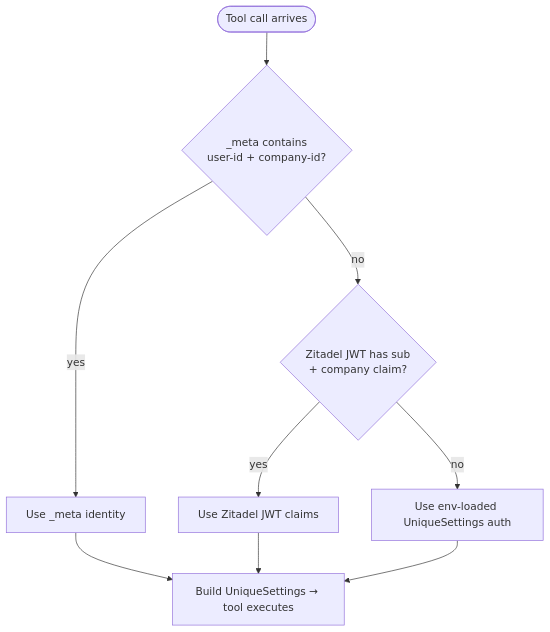
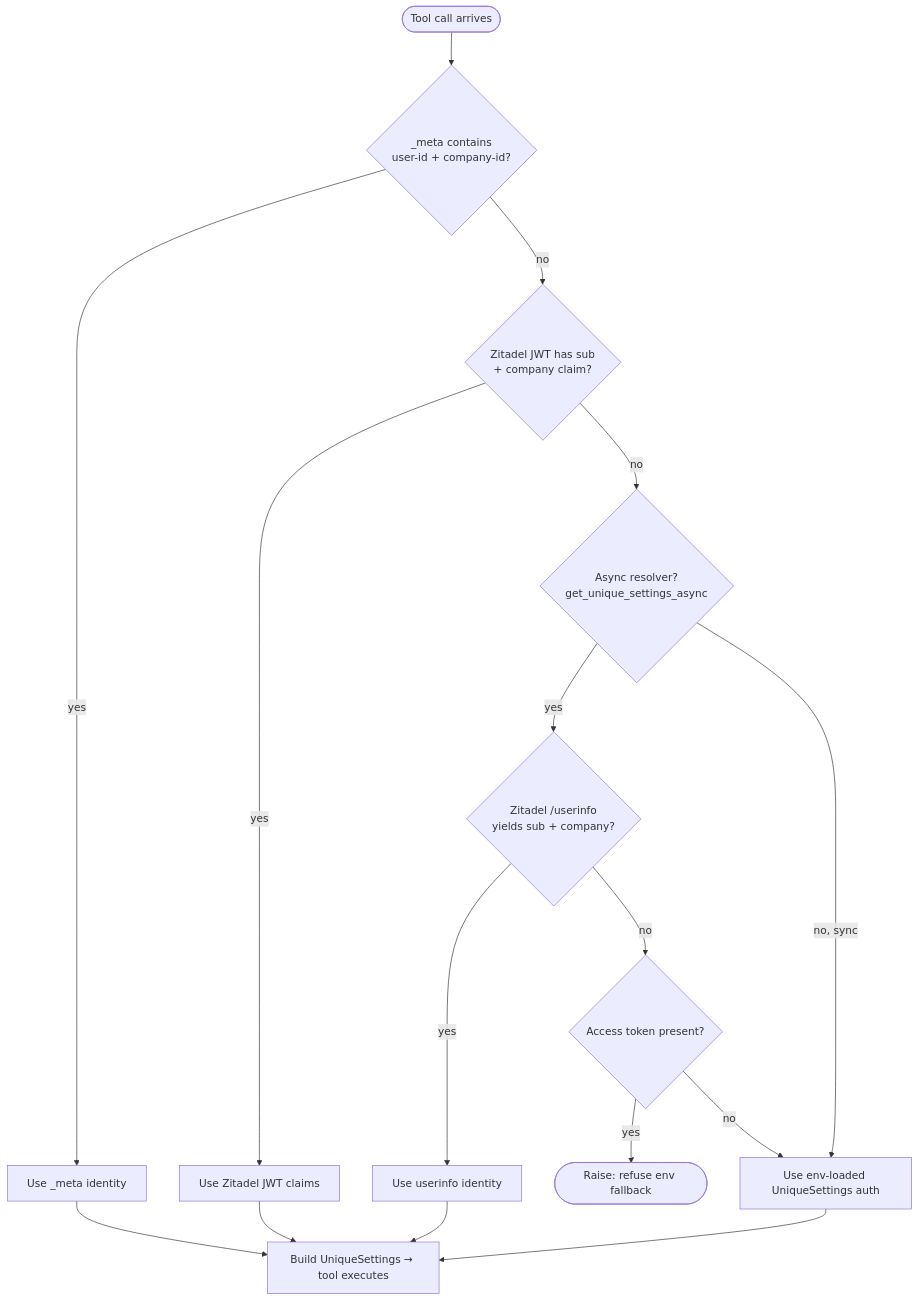
Before and after one commit to Unique-AG/ai: the first of 4 diagrams in unique_mcp/README.md, drawn with Mermaid. The commit also changed other lines of this file and 2 other files, not shown here.

First line of the commit message:
fix(unique_mcp): sync README diagrams/meta keys with async resolver; preserve traceback in folder-miss debug logs

````diff
--- a/unique_mcp/README.md
+++ b/unique_mcp/README.md
@@ -29,10 +29,16 @@
 ```mermaid
 flowchart TD
     A([Tool call arrives]) --> B{_meta contains\nuser-id + company-id?}
     B -- yes --> C[Use _meta identity]
     B -- no --> D{Zitadel JWT has sub\n+ company claim?}
     D -- yes --> E[Use Zitadel JWT claims]
-    D -- no --> F[Use env-loaded UniqueSettings auth]
-    C & E --> G[Build UniqueSettings → tool executes]
+    D -- no --> H{Async resolver?\nget_unique_settings_async}
+    H -- yes --> I{Zitadel /userinfo\nyields sub + company?}
+    I -- yes --> J[Use userinfo identity]
+    I -- no --> K{Access token present?}
+    K -- yes --> L([Raise: refuse env fallback])
+    K -- no --> F[Use env-loaded UniqueSettings auth]
+    H -- no, sync --> F
+    C & E & J --> G[Build UniqueSettings → tool executes]
     F --> G
 ```
````
